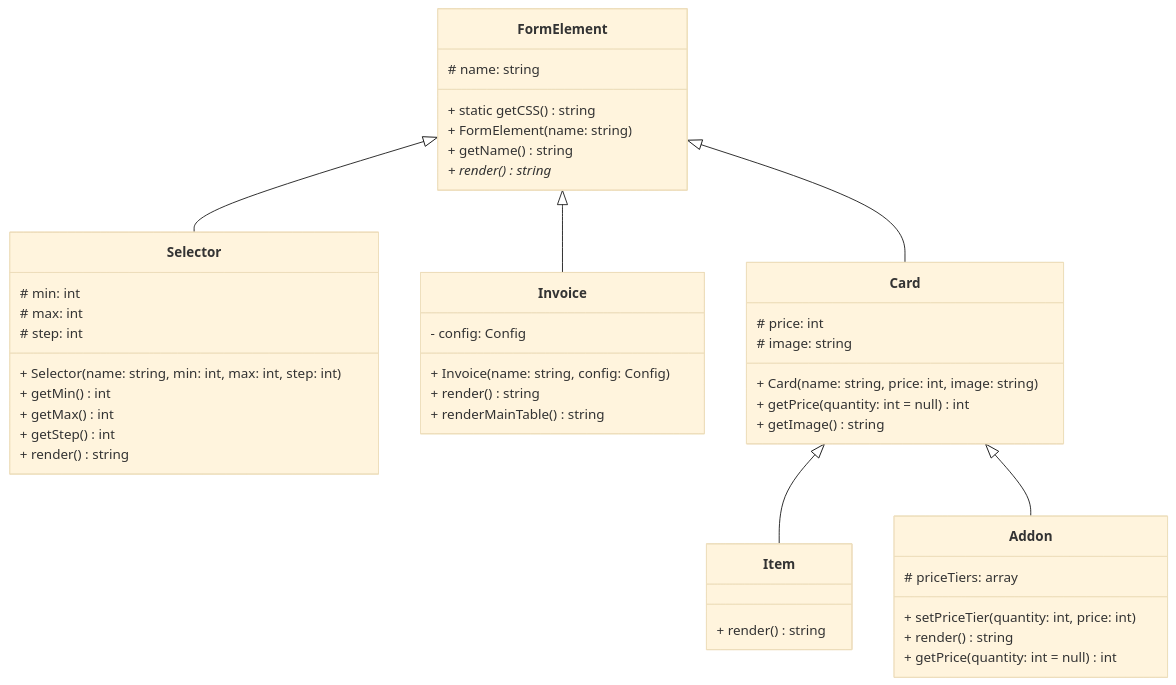
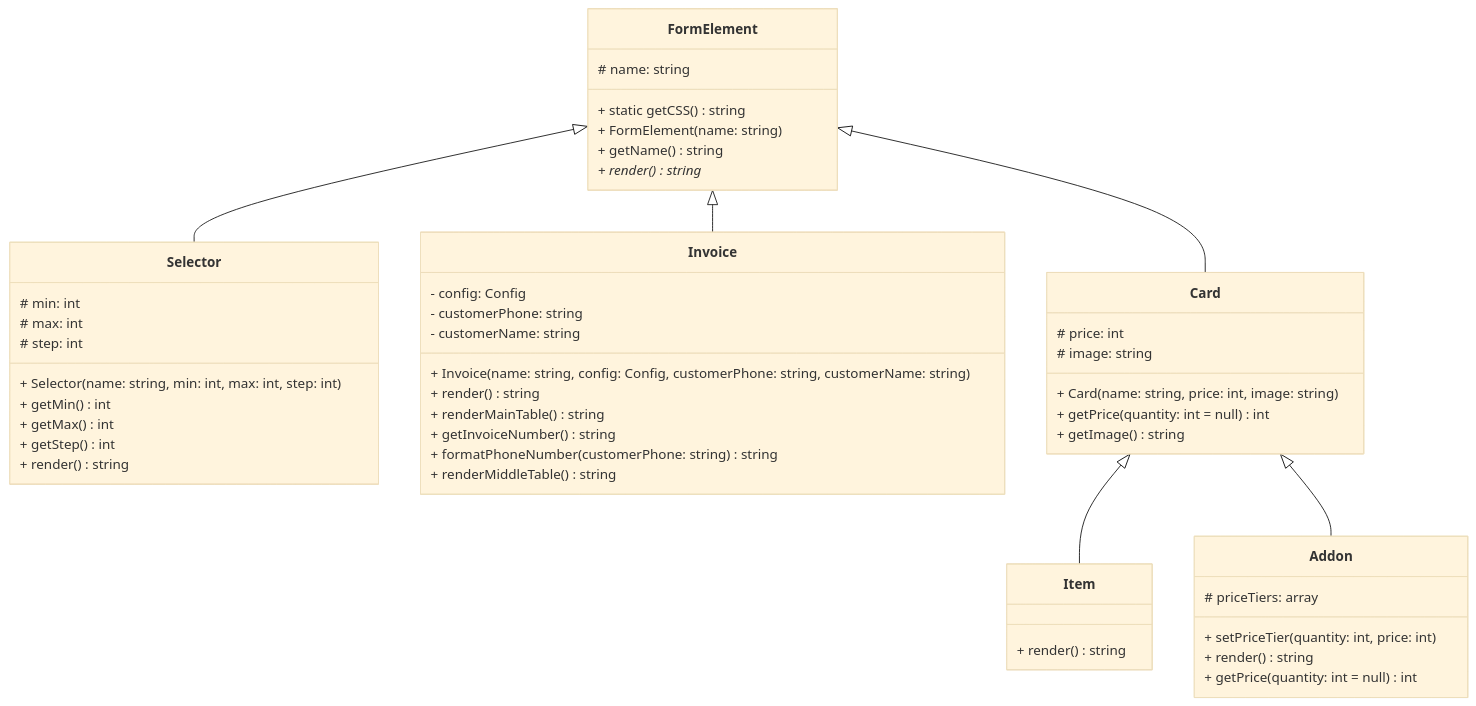
The first of 2 diagrams in README.md (AlexandrAnatoliev/send-invoice), drawn with Mermaid (base theme) before and after one commit. The commit also changed other lines of this file, not shown here.

````diff
--- a/README.md
+++ b/README.md
@@ -188,55 +188,60 @@
 ```mermaid
 classDiagram
   
   class FormElement {
     # name: string
     + static getCSS() string
     + FormElement(name: string)
     + getName() string
     + render() string*
   }
 
   class Selector {
     # min: int
     # max: int
     # step: int
     + Selector(name: string, min: int, max: int, step: int)
     + getMin() int
     + getMax() int
     + getStep() int
     + render() string
   }
 
   class Invoice {
     - config: Config
-    + Invoice(name: string, config: Config)
+    - customerPhone: string
+    - customerName: string
+    + Invoice(name: string, config: Config, customerPhone: string, customerName: string)
     + render() string
     + renderMainTable() string
+    + getInvoiceNumber() string 
+    + formatPhoneNumber(customerPhone: string) string
+    + renderMiddleTable() string 
   }
 
   class Card {
     # price: int
     # image: string
     + Card(name: string, price: int, image: string)
     + getPrice(quantity: int = null) int
     + getImage() string
   }
 
   class Item {
     + render() string
   }
 
   class Addon {
     # priceTiers: array
     + setPriceTier(quantity: int, price: int)
     + render() string
     + getPrice(quantity: int = null) int
   }
 
   FormElement  <|-- Selector
   FormElement  <|-- Invoice
   FormElement  <|-- Card
   Card <|-- Item
   Card <|-- Addon
 
 ```
````
